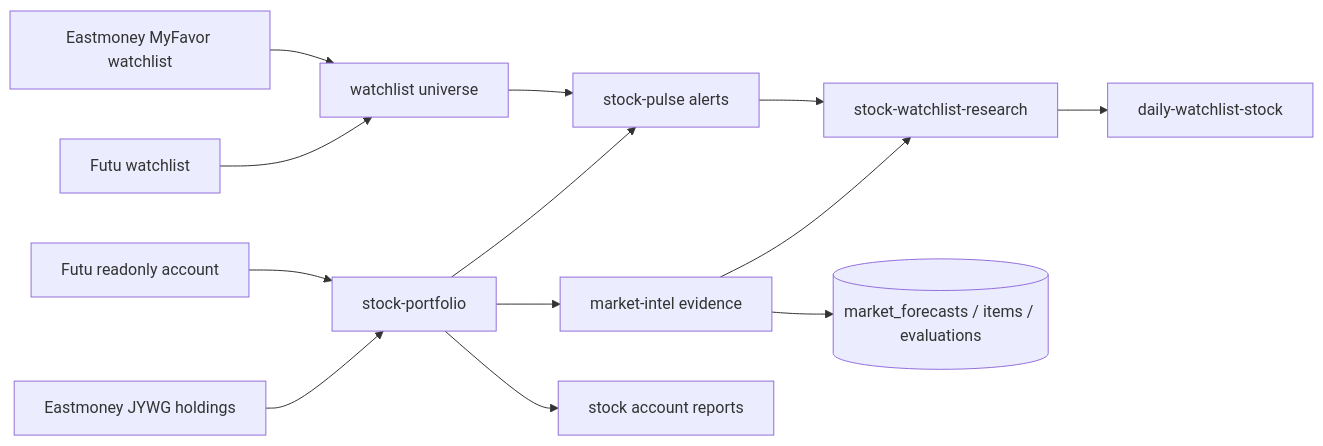
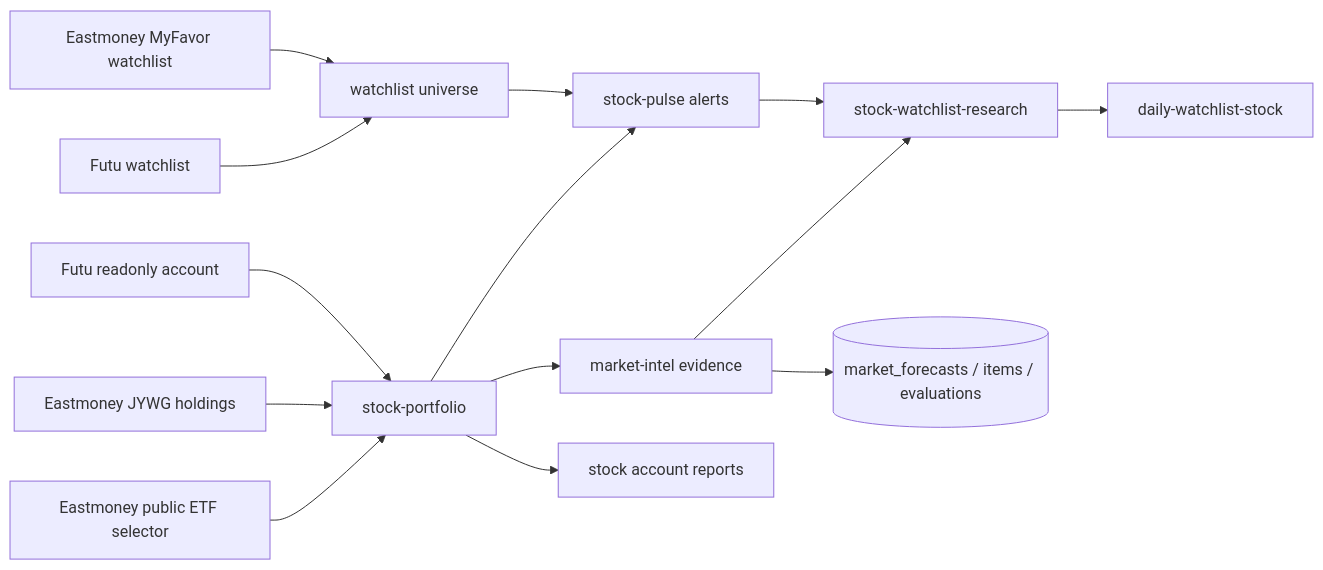
One commit to yuanyunfan/miniclaw changed the diagram in docs/providers/stock/research.md. Above: the diagram before and after it, drawn with Mermaid. The commit also changed other lines of this file and 21 other files, not shown here.

First line of the commit message:
feat: add eastmoney etf premium provider

````diff
--- a/docs/providers/stock/research.md
+++ b/docs/providers/stock/research.md
@@ -7,15 +7,16 @@
 ```mermaid
 flowchart LR
   Futu[Futu readonly account] --> Portfolio[stock-portfolio]
   JYWG[Eastmoney JYWG holdings] --> Portfolio
+  EtfPremium[Eastmoney public ETF selector] --> Portfolio
   MyFavor[Eastmoney MyFavor watchlist] --> Universe[watchlist universe]
   FutuWatchlist[Futu watchlist] --> Universe
   Portfolio --> Pulse[stock-pulse alerts]
   Universe --> Pulse
   Pulse --> WatchlistResearch[stock-watchlist-research]
   Portfolio --> MarketIntel[market-intel evidence]
   MarketIntel --> WatchlistResearch
   MarketIntel --> Forecasts[(market_forecasts / items / evaluations)]
   WatchlistResearch --> Discord[daily-watchlist-stock]
   Portfolio --> StockReports[stock account reports]
 ```
````
